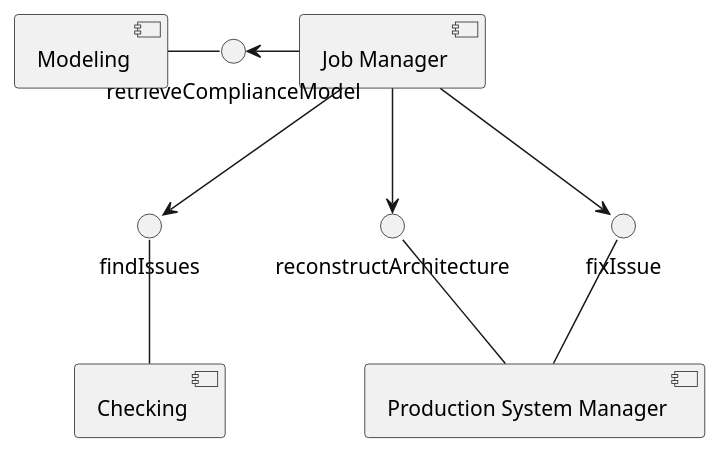
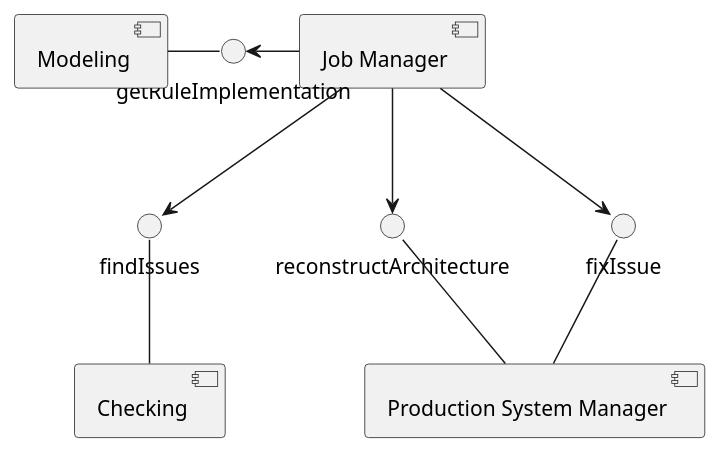
Before and after one commit to IAC2-Project/iacmf: the diagram in src/main/uml/component-diagrams/component-diagram.puml, drawn with PlantUML. The commit also changed 20 other files, not shown here.

```diff
--- a/src/main/uml/component-diagrams/component-diagram.puml
+++ b/src/main/uml/component-diagrams/component-diagram.puml
@@ -1,21 +1,21 @@
 @startuml
 'https://plantuml.com/component-diagram
 
 [Job Manager]
 
-retrieveComplianceModel -left- [Modeling]
+getRuleImplementation -left- [Modeling]
 
 findIssues -- [Checking]
 
 reconstructArchitecture -- [Production System Manager]
 
 fixIssue -- [Production System Manager]
 
-[Job Manager] -left-> retrieveComplianceModel
+[Job Manager] -left-> getRuleImplementation
 
 [Job Manager] --> findIssues
 
 [Job Manager] --> reconstructArchitecture
 [Job Manager] --> fixIssue
 
 @enduml
```
